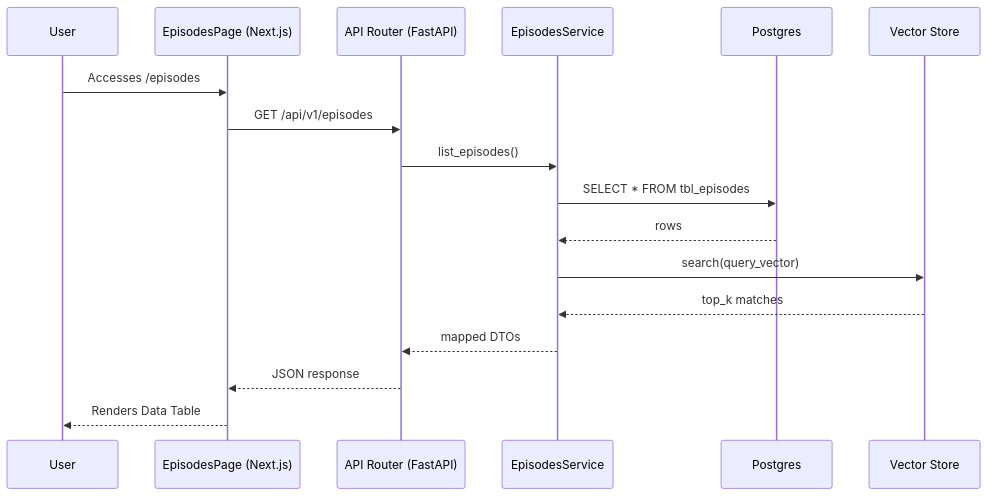
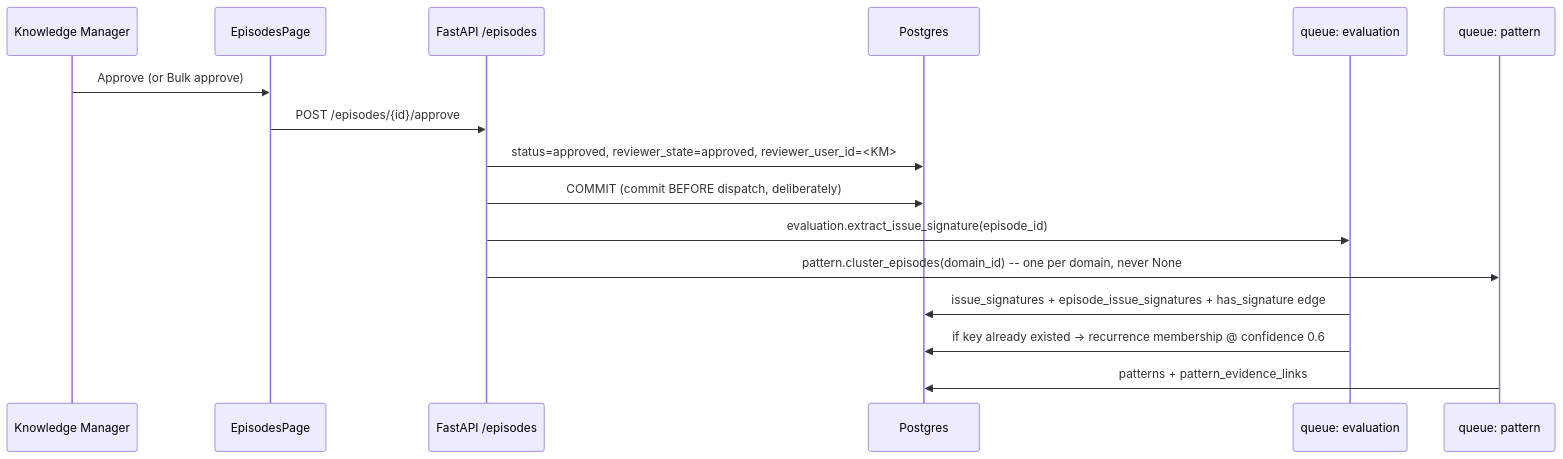
The sixth of 26 diagrams in docs/11_UI_Tabs_Explanation.md (Valuedx/ContextEdge), drawn with Mermaid before and after one commit. The commit also changed other lines of this file and 48 other files, not shown here.

````diff
--- a/docs/11_UI_Tabs_Explanation.md
+++ b/docs/11_UI_Tabs_Explanation.md
@@ -495,20 +640,19 @@
 ```mermaid
 sequenceDiagram
-    participant User
-    participant Frontend as EpisodesPage (Next.js)
-    participant API as API Router (FastAPI)
-    participant Service as EpisodesService
+    participant KM as Knowledge Manager
+    participant Page as EpisodesPage
+    participant API as FastAPI /episodes
     participant DB as Postgres
-    participant Vector as Vector Store
-    
-    User->>Frontend: Accesses /episodes
-    Frontend->>API: GET /api/v1/episodes
-    API->>Service: list_episodes()
-    Service->>DB: SELECT * FROM tbl_episodes
-    DB-->>Service: rows
-    Service->>Vector: search(query_vector)
-    Vector-->>Service: top_k matches
-    Service-->>API: mapped DTOs
-    API-->>Frontend: JSON response
-    Frontend-->>User: Renders Data Table
+    participant EvalQ as queue: evaluation
+    participant PatQ as queue: pattern
+
+    KM->>Page: Approve (or Bulk approve)
+    Page->>API: POST /episodes/{id}/approve
+    API->>DB: status=approved, reviewer_state=approved, reviewer_user_id=<KM>
+    API->>DB: COMMIT  (commit BEFORE dispatch, deliberately)
+    API->>EvalQ: evaluation.extract_issue_signature(episode_id)
+    API->>PatQ: pattern.cluster_episodes(domain_id)  -- one per domain, never None
+    EvalQ->>DB: issue_signatures + episode_issue_signatures + has_signature edge
+    EvalQ->>DB: if key already existed -> recurrence membership @ confidence 0.6
+    PatQ->>DB: patterns + pattern_evidence_links
 ```
````
